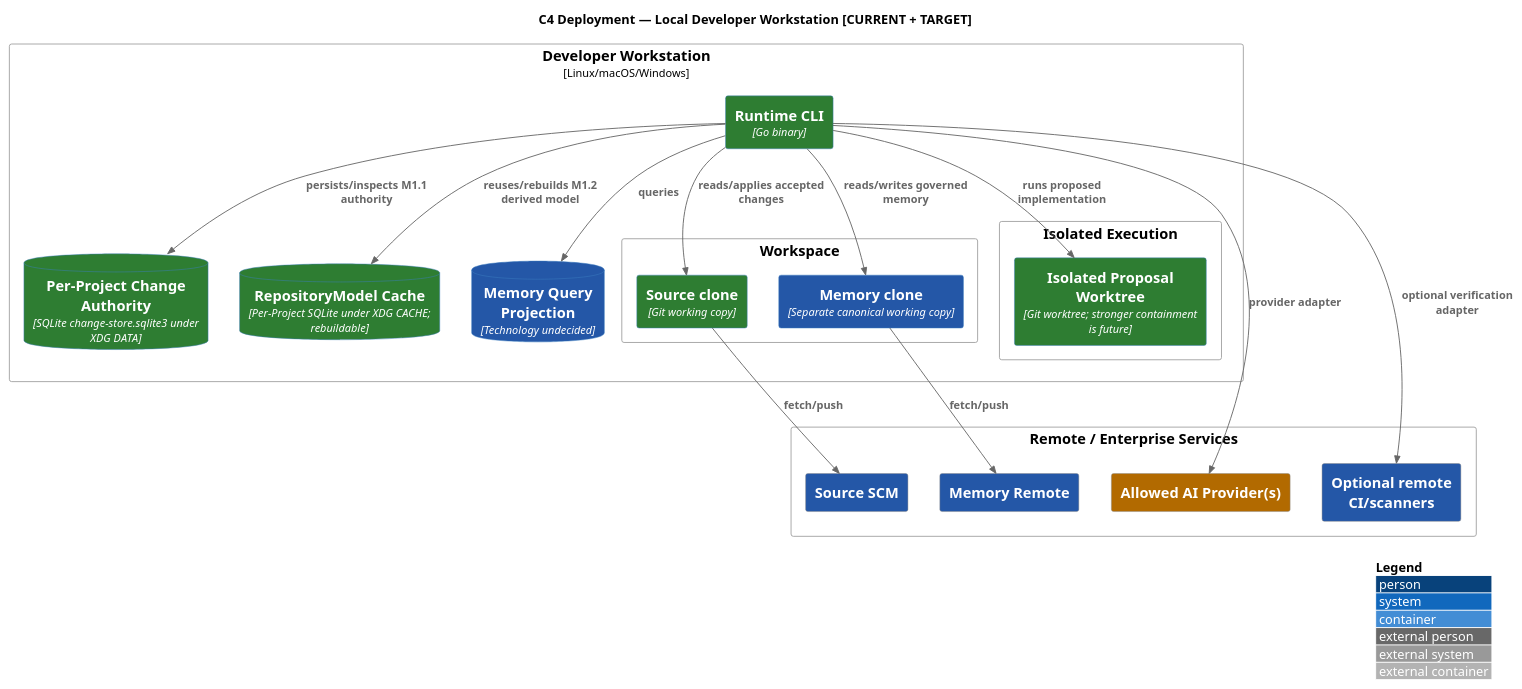
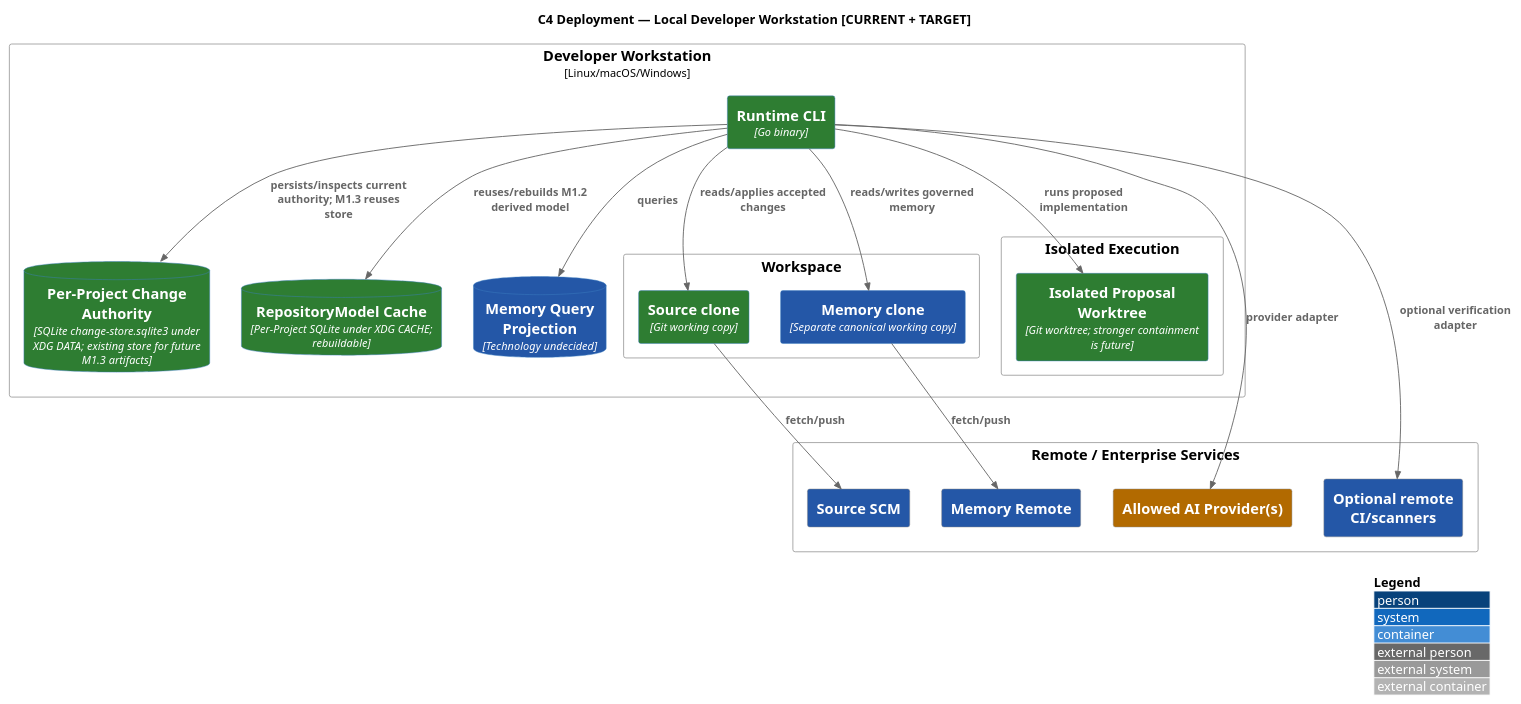
Before and after one commit to Eu-Pedro0ficial/praetor: the diagram in docs/architecture/src/docs/arc42/diagrams/c4-deployment-local.puml, drawn with PlantUML. The commit also changed 30 other files, not shown here.

Commit message:
docs(architecture): approve M1.3 planning authority

```diff
--- a/docs/architecture/src/docs/arc42/diagrams/c4-deployment-local.puml
+++ b/docs/architecture/src/docs/arc42/diagrams/c4-deployment-local.puml
@@ -1,37 +1,37 @@
 @startuml
 !include <C4/C4_Deployment>
 AddElementTag("AS-IS", $bgColor="#2E7D32", $fontColor="#FFFFFF", $legendText="AS-IS")
 AddElementTag("PARTIAL", $bgColor="#B26A00", $fontColor="#FFFFFF", $legendText="PARTIAL")
 AddElementTag("TARGET", $bgColor="#2457A7", $fontColor="#FFFFFF", $legendText="TARGET")
 LAYOUT_WITH_LEGEND()
 title C4 Deployment — Local Developer Workstation [CURRENT + TARGET]
 Deployment_Node(dev, "Developer Workstation", "Linux/macOS/Windows") {
   Container(cli, "Runtime CLI", "Go binary", $tags="AS-IS")
-  ContainerDb(changeStore, "Per-Project Change Authority", "SQLite change-store.sqlite3 under XDG DATA", $tags="AS-IS")
+  ContainerDb(changeStore, "Per-Project Change Authority", "SQLite change-store.sqlite3 under XDG DATA; existing store for future M1.3 artifacts", $tags="AS-IS")
   ContainerDb(repositoryCache, "RepositoryModel Cache", "Per-Project SQLite under XDG CACHE; rebuildable", $tags="AS-IS")
   ContainerDb(index, "Memory Query Projection", "Technology undecided", $tags="TARGET")
   Deployment_Node(workspace, "Workspace") {
     Container(srcLocal, "Source clone", "Git working copy", $tags="AS-IS")
     Container(memLocal, "Memory clone", "Separate canonical working copy", $tags="TARGET")
   }
   Deployment_Node(isolated, "Isolated Execution") {
     Container(sandbox, "Isolated Proposal Worktree", "Git worktree; stronger containment is future", $tags="AS-IS")
   }
 }
 Deployment_Node(remote, "Remote / Enterprise Services") {
   System_Ext(srcRemote, "Source SCM", $tags="TARGET")
   System_Ext(memRemote, "Memory Remote", $tags="TARGET")
   System_Ext(ai, "Allowed AI Provider(s)", $tags="PARTIAL")
   System_Ext(tools, "Optional remote CI/scanners", $tags="TARGET")
 }
 Rel(cli, index, "queries")
-Rel(cli, changeStore, "persists/inspects M1.1 authority")
+Rel(cli, changeStore, "persists/inspects current authority; M1.3 reuses store")
 Rel(cli, repositoryCache, "reuses/rebuilds M1.2 derived model")
 Rel(cli, srcLocal, "reads/applies accepted changes")
 Rel(cli, memLocal, "reads/writes governed memory")
 Rel(cli, sandbox, "runs proposed implementation")
 Rel(srcLocal, srcRemote, "fetch/push")
 Rel(memLocal, memRemote, "fetch/push")
 Rel(cli, ai, "provider adapter")
 Rel(cli, tools, "optional verification adapter")
 @enduml
```
